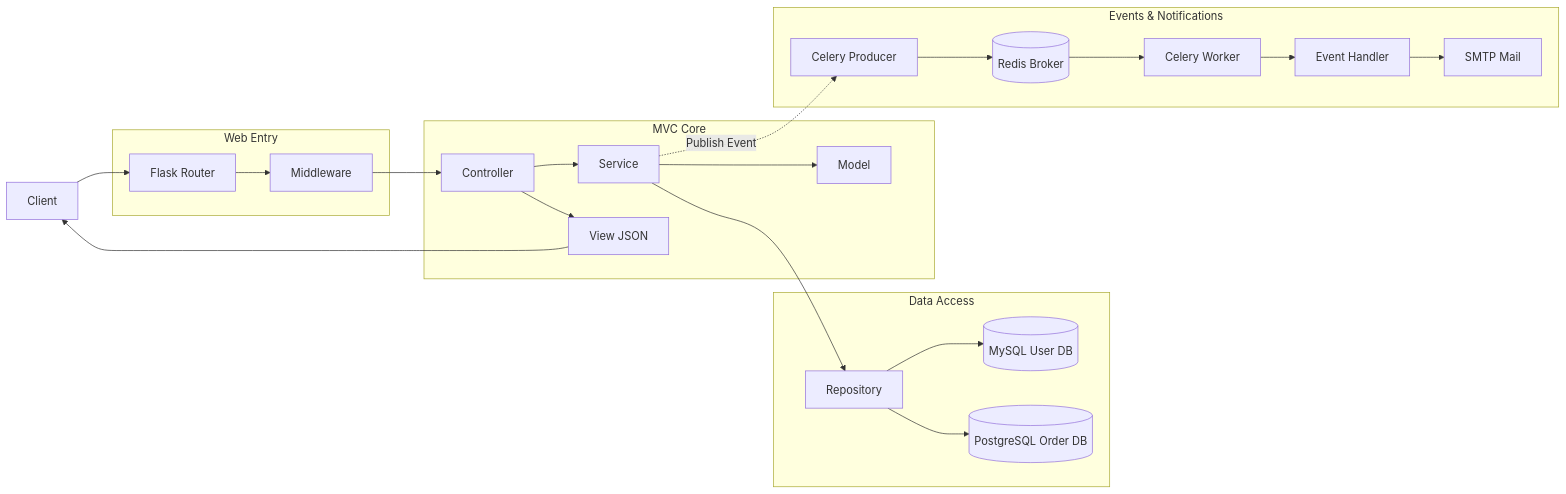
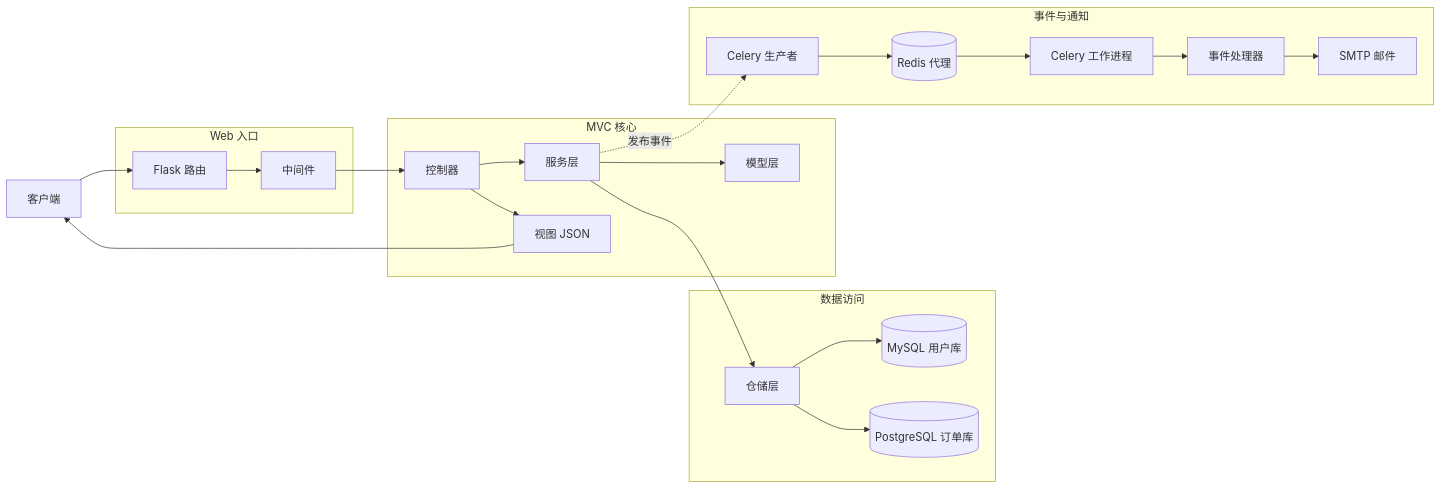
One commit to microwind/design-patterns changed the diagram in practice-projects/flask-mvc/README.md. Above: the diagram before and after it, drawn with Mermaid. The commit also changed other lines of this file and 20 other files, not shown here.

Commit message:
update flask-mvc

````diff
--- a/practice-projects/flask-mvc/README.md
+++ b/practice-projects/flask-mvc/README.md
@@ -48,47 +48,47 @@
 ```mermaid
 flowchart LR
-    Client[Client]
+    Client[客户端]
 
-    subgraph Web["Web Entry"]
-        Router[Flask Router]
-        Middleware[Middleware]
+    subgraph Web["Web 入口"]
+        Router[Flask 路由]
+        Middleware[中间件]
     end
 
-    subgraph MVC["MVC Core"]
-        Controller[Controller]
-        Service[Service]
-        Model[Model]
-        View[View JSON]
+    subgraph MVC["MVC 核心"]
+        Controller[控制器]
+        Service[服务层]
+        Model[模型层]
+        View[视图 JSON]
     end
 
-    subgraph Repo["Data Access"]
-        Repository[Repository]
-        UserDB[(MySQL User DB)]
-        OrderDB[(PostgreSQL Order DB)]
+    subgraph Repo["数据访问"]
+        Repository[仓储层]
+        UserDB[(MySQL 用户库)]
+        OrderDB[(PostgreSQL 订单库)]
     end
 
-    subgraph Event["Events & Notifications"]
-        Producer[Celery Producer]
-        Broker[(Redis Broker)]
-        Worker[Celery Worker]
-        Handler[Event Handler]
-        Mail[SMTP Mail]
+    subgraph Event["事件与通知"]
+        Producer[Celery 生产者]
+        Broker[(Redis 代理)]
+        Worker[Celery 工作进程]
+        Handler[事件处理器]
+        Mail[SMTP 邮件]
     end
 
     Client --> Router
     Router --> Middleware
     Middleware --> Controller
     Controller --> Service
     Service --> Model
     Service --> Repository
     Repository --> UserDB
     Repository --> OrderDB
     Controller --> View
     View --> Client
 
-    Service -.Publish Event.-> Producer
+    Service -.发布事件.-> Producer
     Producer --> Broker
     Broker --> Worker
     Worker --> Handler
     Handler --> Mail
 ```
````
